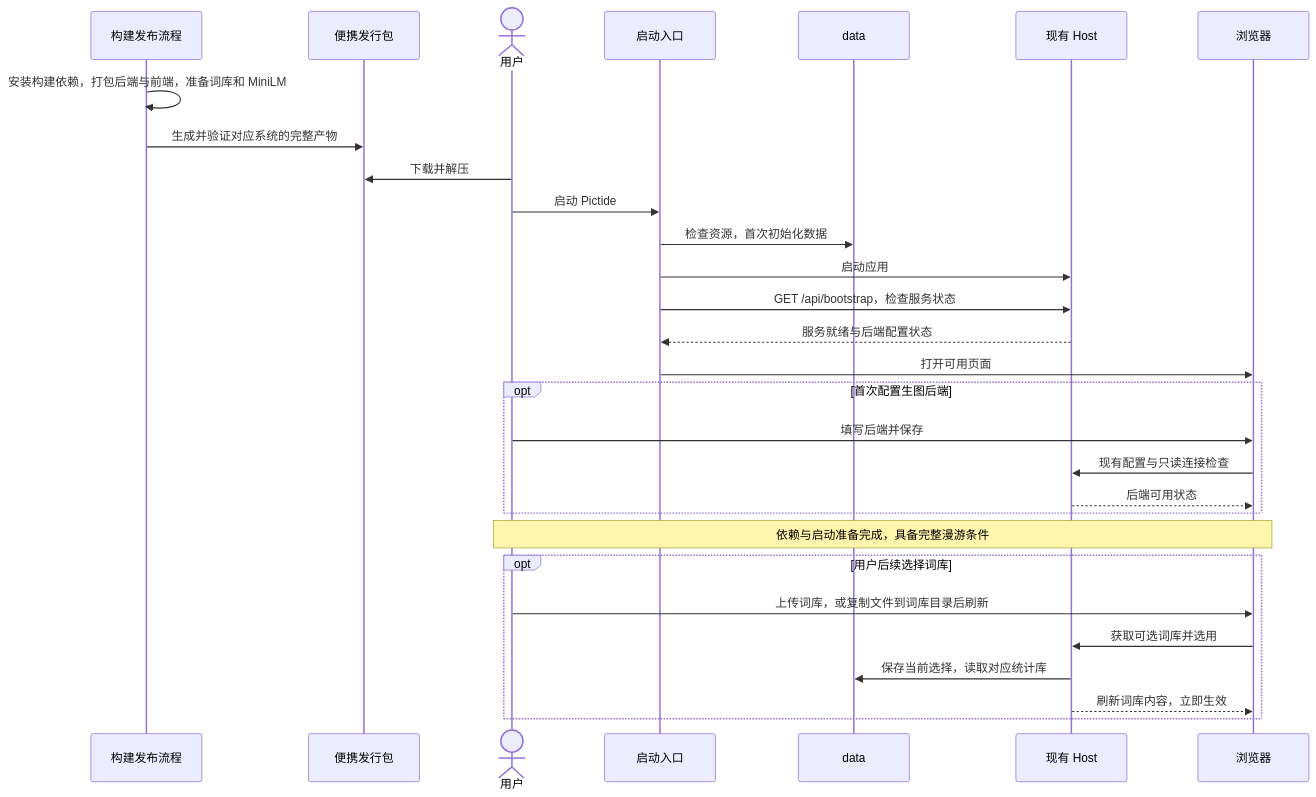
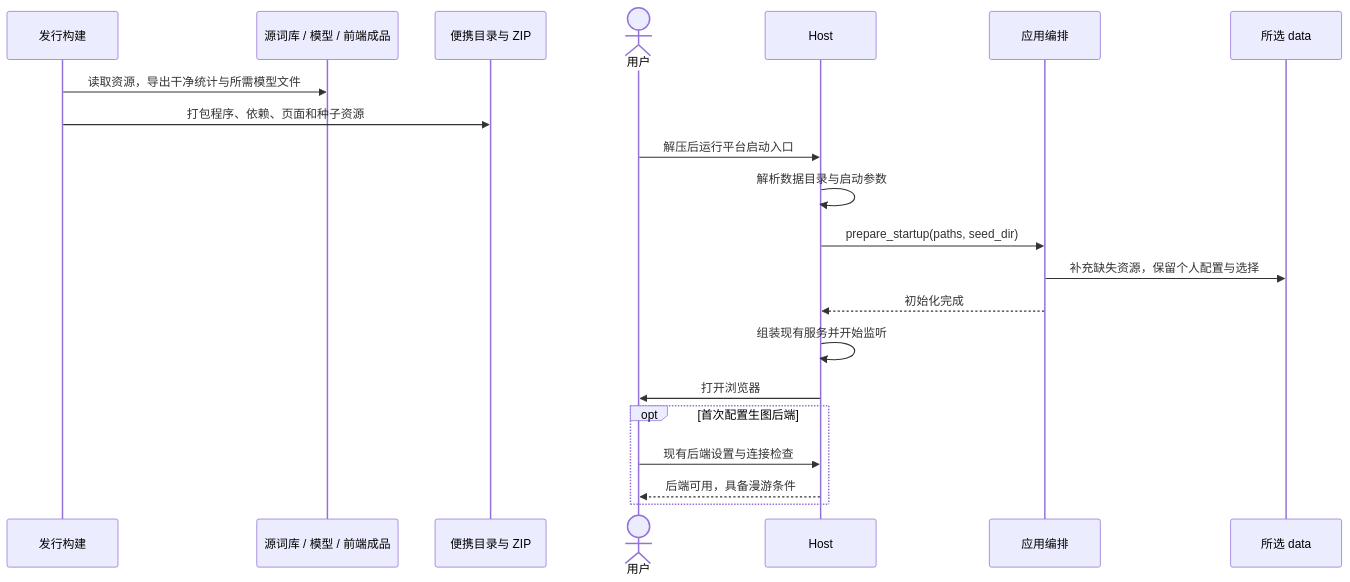
The second of 2 diagrams in docs/issues/automatic-startup.md (Lykr/pictide), drawn with Mermaid before and after one commit. The commit also changed other lines of this file, not shown here.

Commit message:
Specify portable build and startup interfaces

````diff
--- a/docs/issues/automatic-startup.md
+++ b/docs/issues/automatic-startup.md
@@ -44,31 +60,23 @@
 ```mermaid
 sequenceDiagram
-    participant Dev as 构建发布流程
-    participant Package as 便携发行包
+    participant Dev as 发行构建
+    participant Source as 源词库 / 模型 / 前端成品
+    participant Package as 便携目录与 ZIP
     actor User as 用户
-    participant Start as 启动入口
-    participant Data as data
-    participant Host as 现有 Host
-    participant UI as 浏览器
-    Dev->>Dev: 安装构建依赖，打包后端与前端，准备词库和 MiniLM
-    Dev->>Package: 生成并验证对应系统的完整产物
-    User->>Package: 下载并解压
-    User->>Start: 启动 Pictide
-    Start->>Data: 检查资源，首次初始化数据
-    Start->>Host: 启动应用
-    Start->>Host: GET /api/bootstrap，检查服务状态
-    Host-->>Start: 服务就绪与后端配置状态
-    Start->>UI: 打开可用页面
+    participant Host as Host
+    participant App as 应用编排
+    participant Data as 所选 data
+    Dev->>Source: 读取资源，导出干净统计与所需模型文件
+    Dev->>Package: 打包程序、依赖、页面和种子资源
+    User->>Host: 解压后运行平台启动入口
+    Host->>Host: 解析数据目录与启动参数
+    Host->>App: prepare_startup(paths, seed_dir)
+    App->>Data: 补充缺失资源，保留个人配置与选择
+    App-->>Host: 初始化完成
+    Host->>Host: 组装现有服务并开始监听
+    Host->>User: 打开浏览器
     opt 首次配置生图后端
-        User->>UI: 填写后端并保存
-        UI->>Host: 现有配置与只读连接检查
-        Host-->>UI: 后端可用状态
-    end
-    Note over User,UI: 依赖与启动准备完成，具备完整漫游条件
-    opt 用户后续选择词库
-        User->>UI: 上传词库，或复制文件到词库目录后刷新
-        UI->>Host: 获取可选词库并选用
-        Host->>Data: 保存当前选择，读取对应统计库
-        Host-->>UI: 刷新词库内容，立即生效
+        User->>Host: 现有后端设置与连接检查
+        Host-->>User: 后端可用，具备漫游条件
     end
 ```
````
